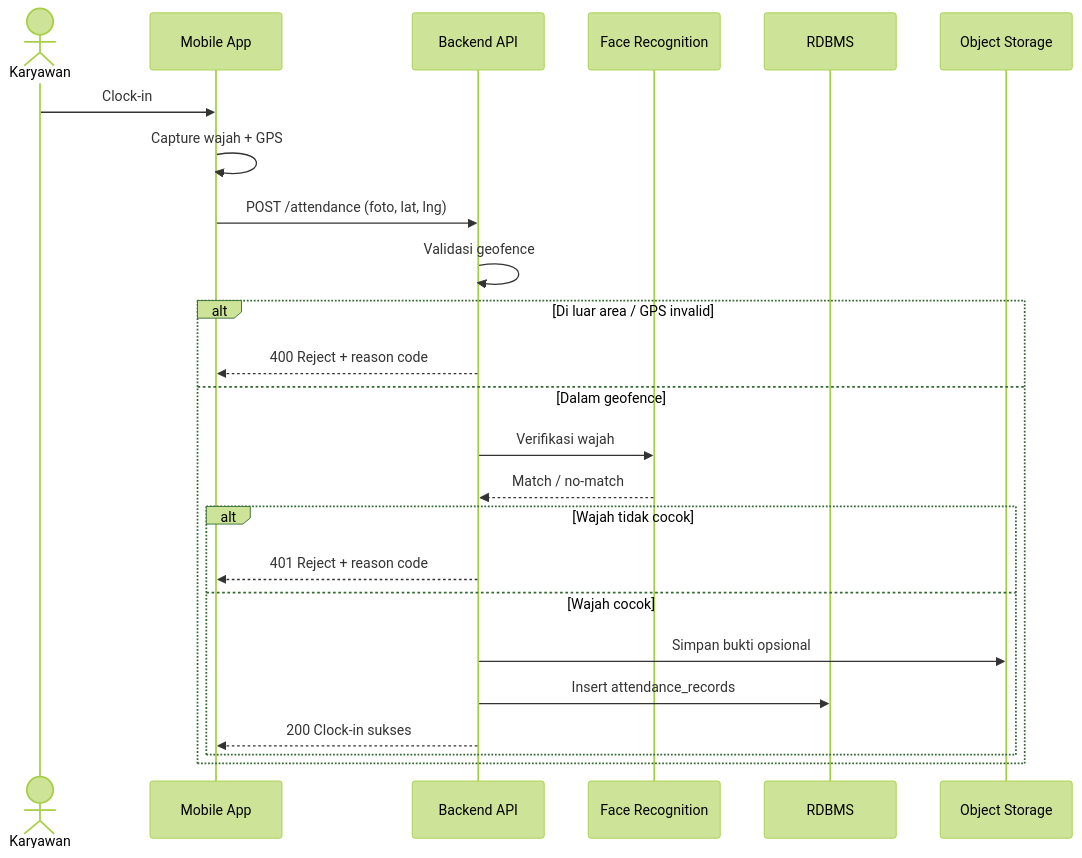
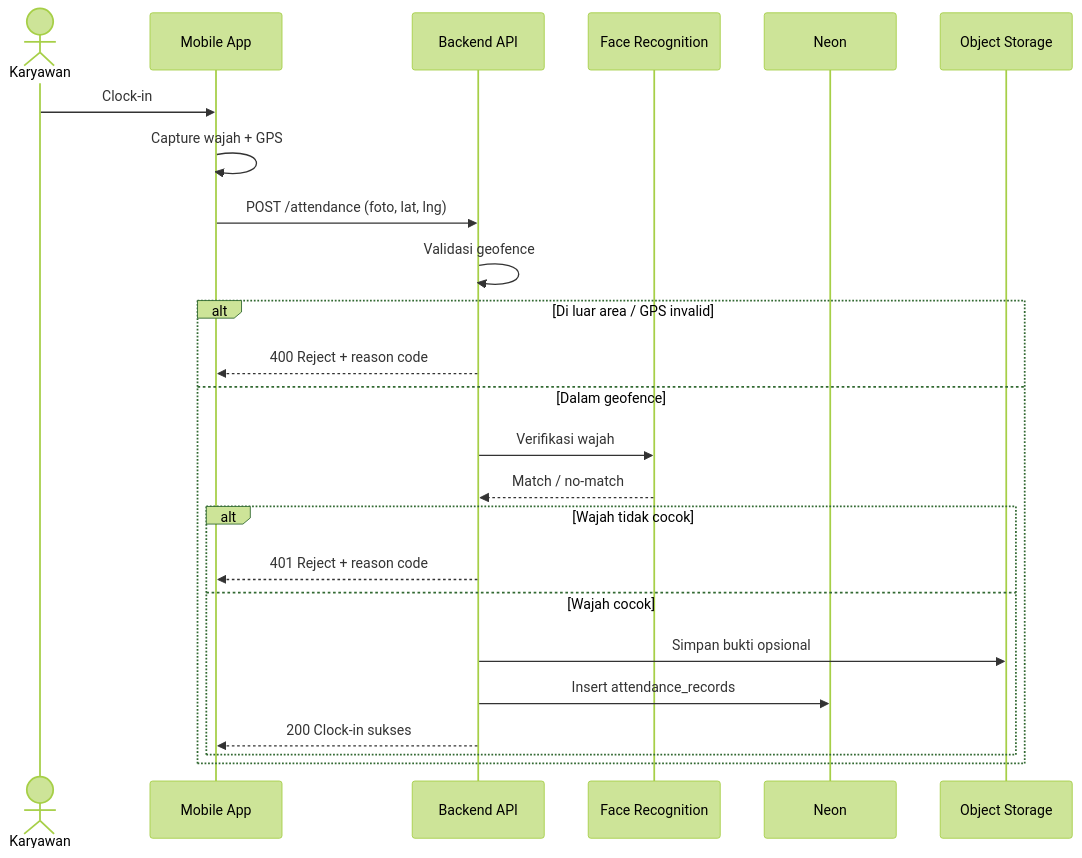
One commit to Capstone-Project-Team-B-2026/docs changed the second of 6 diagrams in docs/infrastructure.md. Above: the diagram before and after it, drawn with Mermaid (forest theme). The commit also changed other lines of this file and 1 other file, not shown here.

````diff
--- a/docs/infrastructure.md
+++ b/docs/infrastructure.md
@@ -77,27 +77,27 @@
 ```mermaid
 sequenceDiagram
   actor K as Karyawan
   participant App as Mobile App
   participant API as Backend API
   participant FR as Face Recognition
-  participant DB as RDBMS
+  participant DB as Neon
   participant Store as Object Storage
 
   K->>App: Clock-in
   App->>App: Capture wajah + GPS
   App->>API: POST /attendance (foto, lat, lng)
   API->>API: Validasi geofence
   alt Di luar area / GPS invalid
     API-->>App: 400 Reject + reason code
   else Dalam geofence
     API->>FR: Verifikasi wajah
     FR-->>API: Match / no-match
     alt Wajah tidak cocok
       API-->>App: 401 Reject + reason code
     else Wajah cocok
       API->>Store: Simpan bukti opsional
       API->>DB: Insert attendance_records
       API-->>App: 200 Clock-in sukses
     end
   end
 ```
````
